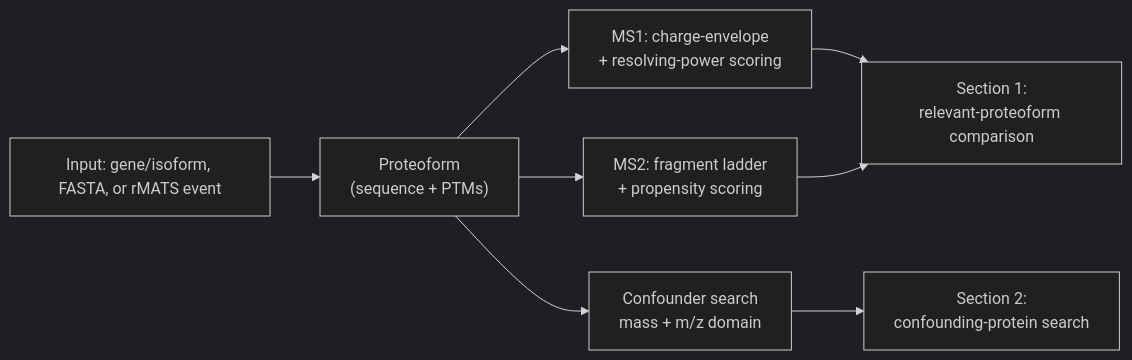
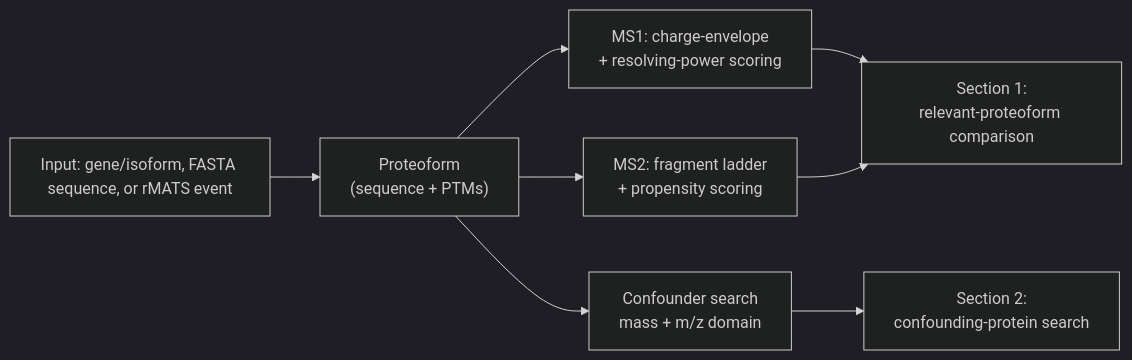
One commit to HuangLabAtUAB/proteoformtracker-docs changed the diagram in docs/concepts/overview.md. Above: the diagram before and after it, drawn with Mermaid (dark theme). The commit also changed other lines of this file and 2 other files, not shown here.

````diff
--- a/docs/concepts/overview.md
+++ b/docs/concepts/overview.md
@@ -43,10 +65,10 @@
 ```mermaid
 flowchart LR
-    A[Input: gene/isoform, FASTA, or rMATS event] --> B["Proteoform\n(sequence + PTMs)"]
+    A[Input: gene/isoform, FASTA sequence, or rMATS event] --> B["Proteoform\n(sequence + PTMs)"]
     B --> C[MS1: charge-envelope\n+ resolving-power scoring]
     B --> D[MS2: fragment ladder\n+ propensity scoring]
     C --> E[Section 1:\nrelevant-proteoform comparison]
     D --> E
     B --> F[Confounder search\nmass + m/z domain]
     F --> G[Section 2:\nconfounding-protein search]
 ```
````
